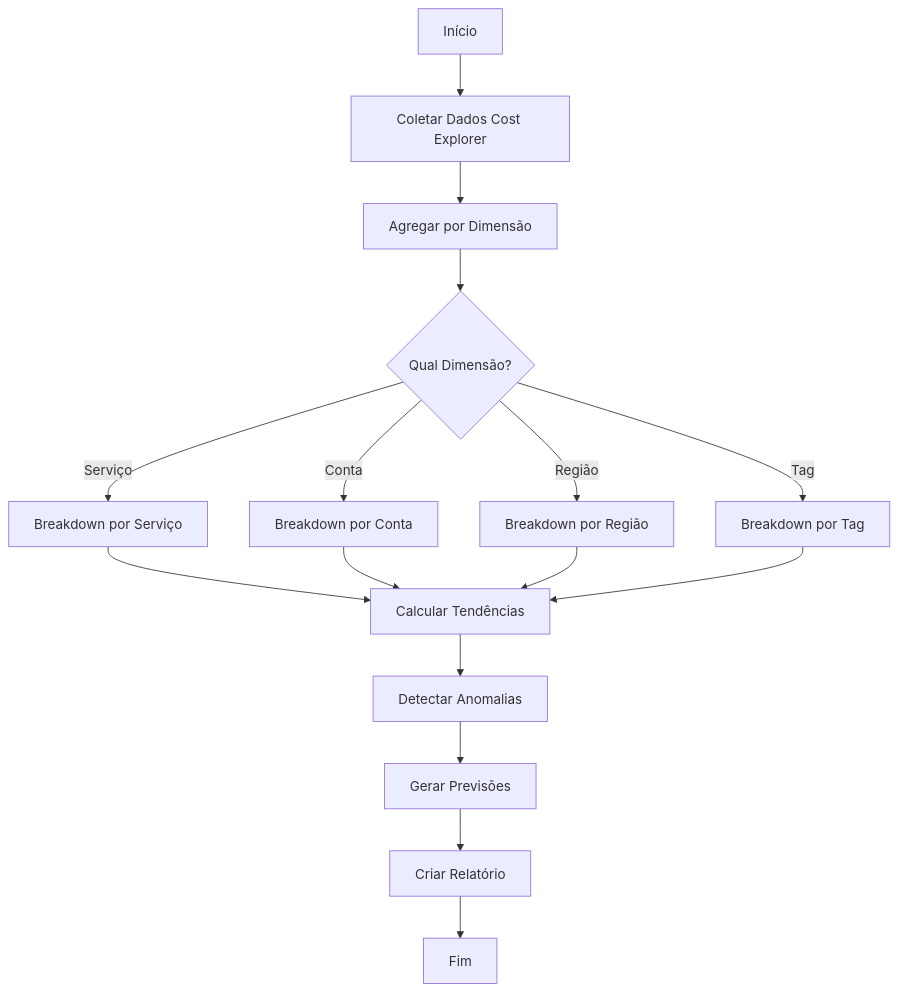
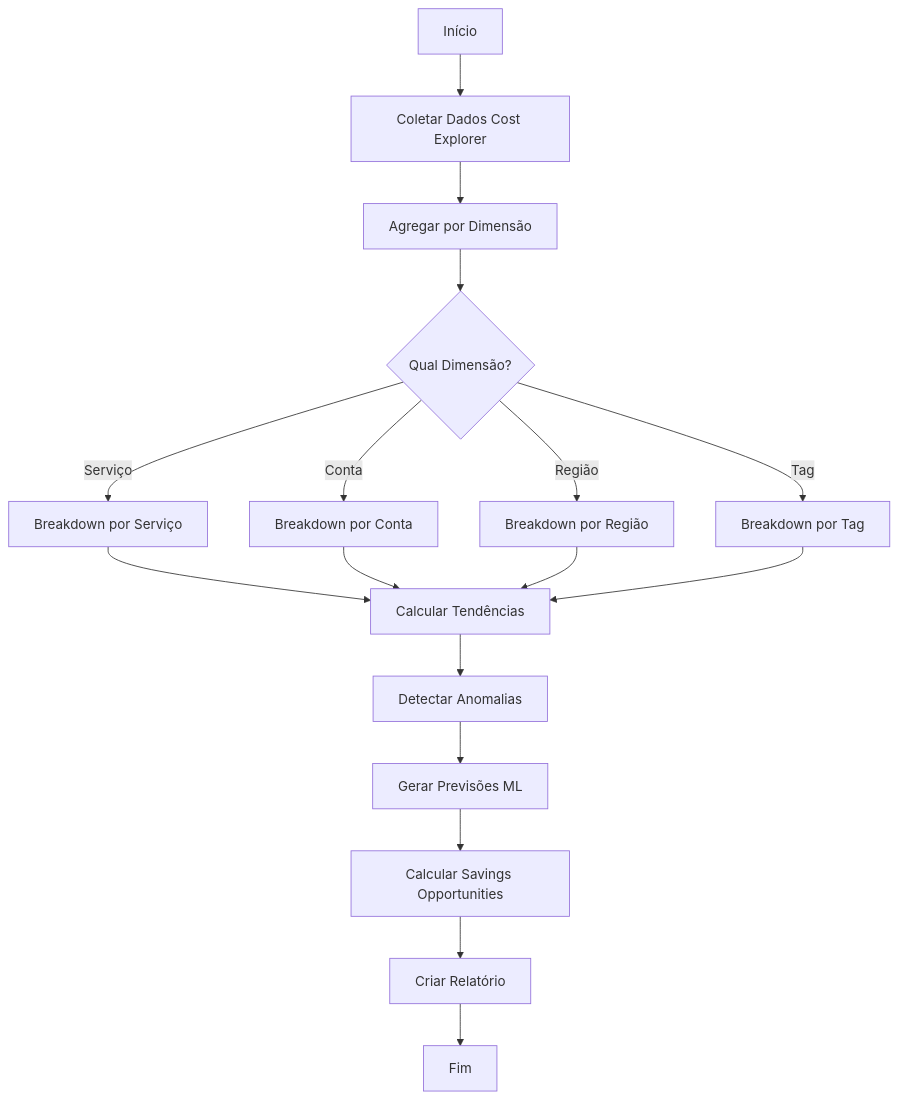
One commit to FELIPEACASTRO/finops-aws-bdr changed the eighth of 13 diagrams in docs/FUNCTIONAL_GUIDE.md. Above: the diagram before and after it, drawn with Mermaid. The commit also changed other lines of this file and 6 other files, not shown here.

````diff
--- a/docs/FUNCTIONAL_GUIDE.md
+++ b/docs/FUNCTIONAL_GUIDE.md
@@ -306,21 +638,22 @@
 ```mermaid
 flowchart TD
     A[Início] --> B[Coletar Dados Cost Explorer]
     B --> C[Agregar por Dimensão]
     C --> D{Qual Dimensão?}
     
     D -->|Serviço| E[Breakdown por Serviço]
     D -->|Conta| F[Breakdown por Conta]
     D -->|Região| G[Breakdown por Região]
     D -->|Tag| H[Breakdown por Tag]
     
     E --> I[Calcular Tendências]
     F --> I
     G --> I
     H --> I
     
     I --> J[Detectar Anomalias]
-    J --> K[Gerar Previsões]
-    K --> L[Criar Relatório]
-    L --> M[Fim]
+    J --> K[Gerar Previsões ML]
+    K --> L[Calcular Savings Opportunities]
+    L --> M[Criar Relatório]
+    M --> N[Fim]
 ```
````
